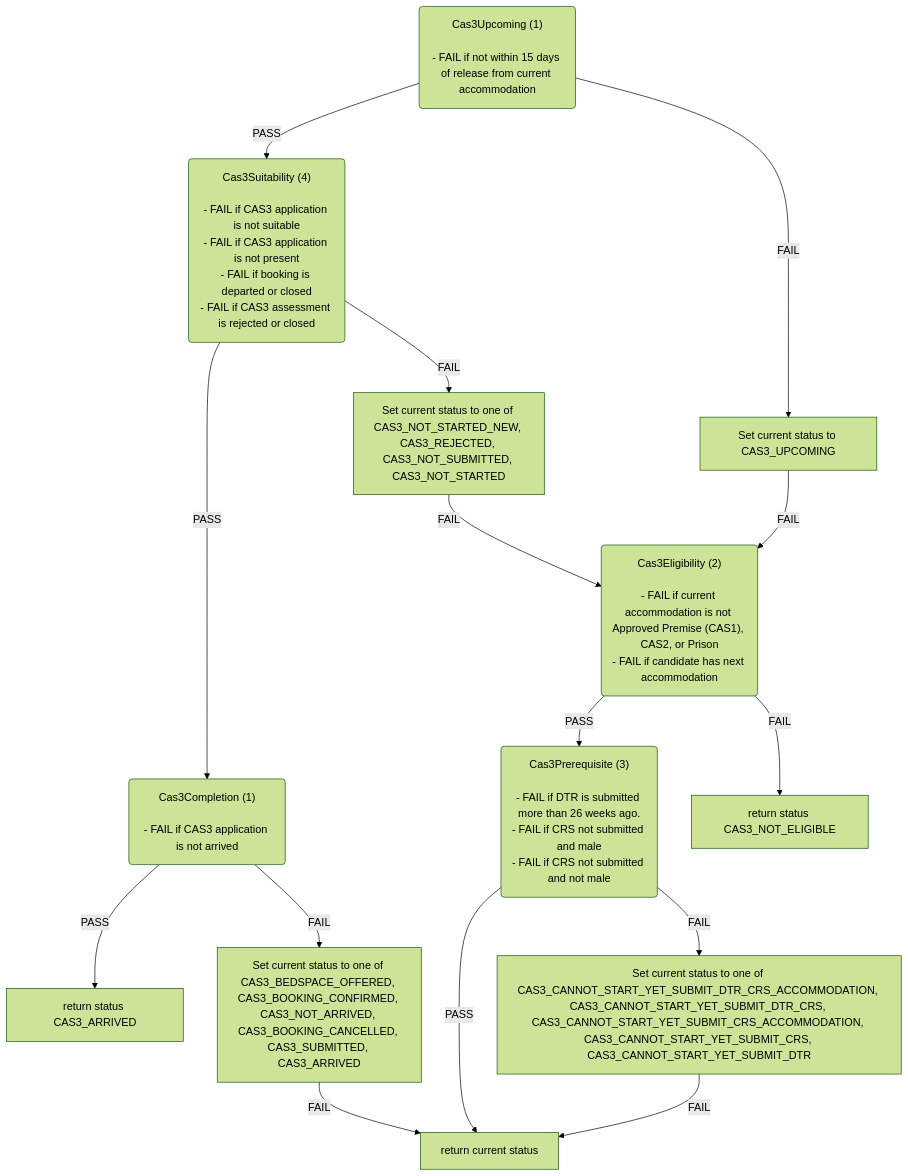
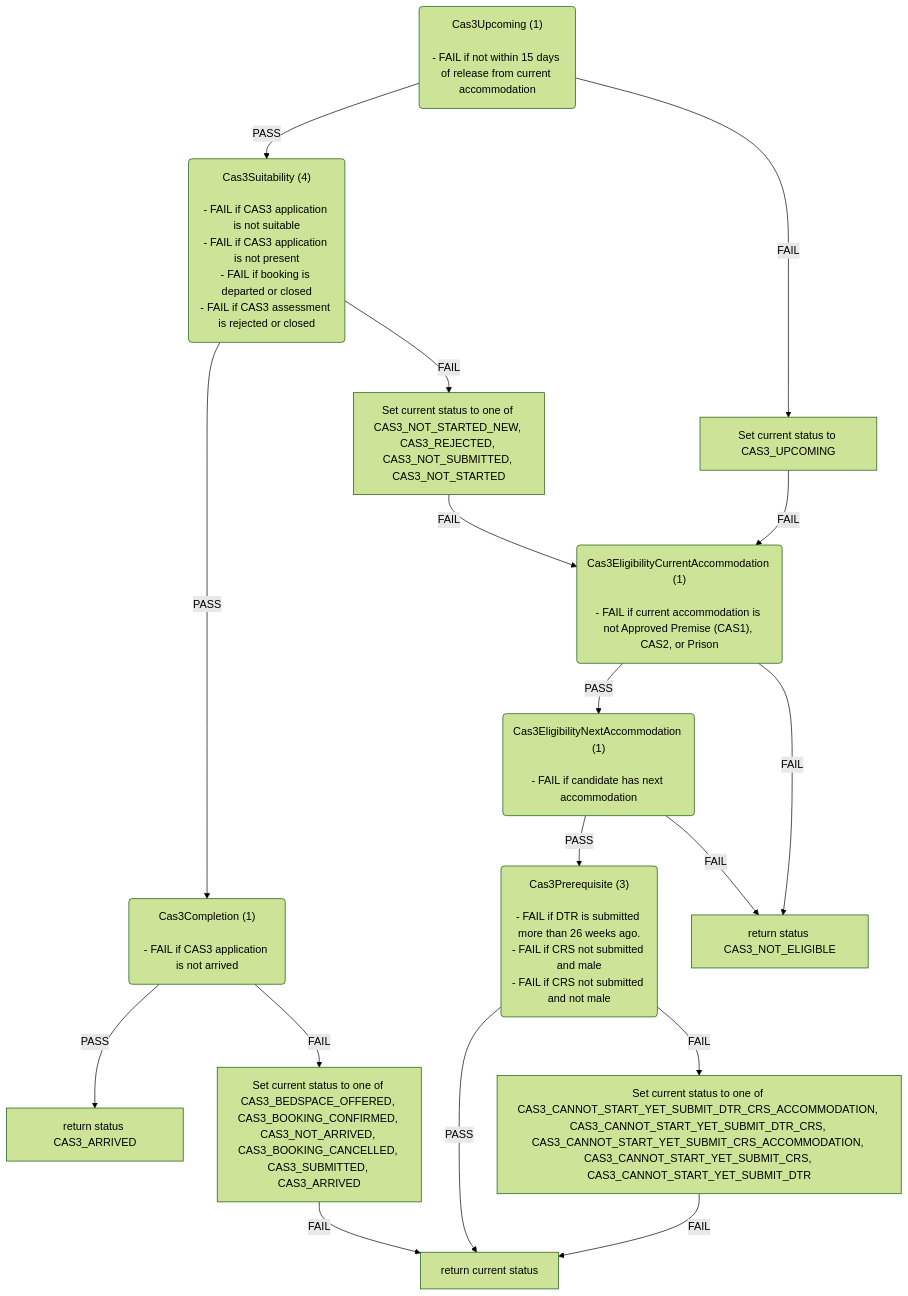
Before and after one commit to ministryofjustice/hmpps-single-accommodation-service-api: the third of 6 diagrams in docs/eligibility-rules-graph.md, drawn with Mermaid (forest theme). The commit also changed other lines of this file and 24 other files, not shown here.

````diff
--- a/docs/eligibility-rules-graph.md
+++ b/docs/eligibility-rules-graph.md
@@ -214,45 +235,49 @@
 ```mermaid
 flowchart TD
   Cas3Upcoming("Cas3Upcoming (1)
 
 - FAIL if not within 15 days of release from current accommodation")
   Cas3Suitability("Cas3Suitability (4)
 
 - FAIL if CAS3 application is not suitable
 - FAIL if CAS3 application is not present
 - FAIL if booking is departed or closed
 - FAIL if CAS3 assessment is rejected or closed")
   Cas3Completion("Cas3Completion (1)
 
 - FAIL if CAS3 application is not arrived")
   return_status_CAS3_ARRIVED["return status CAS3_ARRIVED"]
   Set_current_status_to_one_of_CAS3_BEDSPACE_OFFERED__CAS3_BOOKING_CONFIRMED__CAS3_NOT_ARRIVED__CAS3_BOOKING_CANCELLED__CAS3_SUBMITTED__CAS3_ARRIVED["Set current status to one of CAS3_BEDSPACE_OFFERED, CAS3_BOOKING_CONFIRMED, CAS3_NOT_ARRIVED, CAS3_BOOKING_CANCELLED, CAS3_SUBMITTED, CAS3_ARRIVED"]
   return_current_status["return current status"]
   Set_current_status_to_one_of_CAS3_NOT_STARTED_NEW__CAS3_REJECTED__CAS3_NOT_SUBMITTED__CAS3_NOT_STARTED["Set current status to one of CAS3_NOT_STARTED_NEW, CAS3_REJECTED, CAS3_NOT_SUBMITTED, CAS3_NOT_STARTED"]
-  Cas3Eligibility("Cas3Eligibility (2)
+  Cas3EligibilityCurrentAccommodation("Cas3EligibilityCurrentAccommodation (1)
 
-- FAIL if current accommodation is not Approved Premise (CAS1), CAS2, or Prison
+- FAIL if current accommodation is not Approved Premise (CAS1), CAS2, or Prison")
+  Cas3EligibilityNextAccommodation("Cas3EligibilityNextAccommodation (1)
+
 - FAIL if candidate has next accommodation")
   Cas3Prerequisite("Cas3Prerequisite (3)
 
 - FAIL if DTR is submitted more than 26 weeks ago.
 - FAIL if CRS not submitted and male
 - FAIL if CRS not submitted and not male")
   Set_current_status_to_one_of_CAS3_CANNOT_START_YET_SUBMIT_DTR_CRS_ACCOMMODATION__CAS3_CANNOT_START_YET_SUBMIT_DTR_CRS__CAS3_CANNOT_START_YET_SUBMIT_CRS_ACCOMMODATION__CAS3_CANNOT_START_YET_SUBMIT_CRS__CAS3_CANNOT_START_YET_SUBMIT_DTR["Set current status to one of CAS3_CANNOT_START_YET_SUBMIT_DTR_CRS_ACCOMMODATION, CAS3_CANNOT_START_YET_SUBMIT_DTR_CRS, CAS3_CANNOT_START_YET_SUBMIT_CRS_ACCOMMODATION, CAS3_CANNOT_START_YET_SUBMIT_CRS, CAS3_CANNOT_START_YET_SUBMIT_DTR"]
   return_status_CAS3_NOT_ELIGIBLE["return status CAS3_NOT_ELIGIBLE"]
   Set_current_status_to_CAS3_UPCOMING["Set current status to CAS3_UPCOMING"]
   Cas3Completion -->|PASS| return_status_CAS3_ARRIVED
   Cas3Completion -->|FAIL| Set_current_status_to_one_of_CAS3_BEDSPACE_OFFERED__CAS3_BOOKING_CONFIRMED__CAS3_NOT_ARRIVED__CAS3_BOOKING_CANCELLED__CAS3_SUBMITTED__CAS3_ARRIVED
   Set_current_status_to_one_of_CAS3_BEDSPACE_OFFERED__CAS3_BOOKING_CONFIRMED__CAS3_NOT_ARRIVED__CAS3_BOOKING_CANCELLED__CAS3_SUBMITTED__CAS3_ARRIVED -->|FAIL| return_current_status
   Cas3Suitability -->|PASS| Cas3Completion
   Cas3Suitability -->|FAIL| Set_current_status_to_one_of_CAS3_NOT_STARTED_NEW__CAS3_REJECTED__CAS3_NOT_SUBMITTED__CAS3_NOT_STARTED
   Cas3Prerequisite -->|PASS| return_current_status
   Cas3Prerequisite -->|FAIL| Set_current_status_to_one_of_CAS3_CANNOT_START_YET_SUBMIT_DTR_CRS_ACCOMMODATION__CAS3_CANNOT_START_YET_SUBMIT_DTR_CRS__CAS3_CANNOT_START_YET_SUBMIT_CRS_ACCOMMODATION__CAS3_CANNOT_START_YET_SUBMIT_CRS__CAS3_CANNOT_START_YET_SUBMIT_DTR
   Set_current_status_to_one_of_CAS3_CANNOT_START_YET_SUBMIT_DTR_CRS_ACCOMMODATION__CAS3_CANNOT_START_YET_SUBMIT_DTR_CRS__CAS3_CANNOT_START_YET_SUBMIT_CRS_ACCOMMODATION__CAS3_CANNOT_START_YET_SUBMIT_CRS__CAS3_CANNOT_START_YET_SUBMIT_DTR -->|FAIL| return_current_status
-  Cas3Eligibility -->|PASS| Cas3Prerequisite
-  Cas3Eligibility -->|FAIL| return_status_CAS3_NOT_ELIGIBLE
-  Set_current_status_to_one_of_CAS3_NOT_STARTED_NEW__CAS3_REJECTED__CAS3_NOT_SUBMITTED__CAS3_NOT_STARTED -->|FAIL| Cas3Eligibility
+  Cas3EligibilityNextAccommodation -->|PASS| Cas3Prerequisite
+  Cas3EligibilityNextAccommodation -->|FAIL| return_status_CAS3_NOT_ELIGIBLE
+  Cas3EligibilityCurrentAccommodation -->|PASS| Cas3EligibilityNextAccommodation
+  Cas3EligibilityCurrentAccommodation -->|FAIL| return_status_CAS3_NOT_ELIGIBLE
+  Set_current_status_to_one_of_CAS3_NOT_STARTED_NEW__CAS3_REJECTED__CAS3_NOT_SUBMITTED__CAS3_NOT_STARTED -->|FAIL| Cas3EligibilityCurrentAccommodation
   Cas3Upcoming -->|PASS| Cas3Suitability
   Cas3Upcoming -->|FAIL| Set_current_status_to_CAS3_UPCOMING
-  Set_current_status_to_CAS3_UPCOMING -->|FAIL| Cas3Eligibility
+  Set_current_status_to_CAS3_UPCOMING -->|FAIL| Cas3EligibilityCurrentAccommodation
 ```
````
